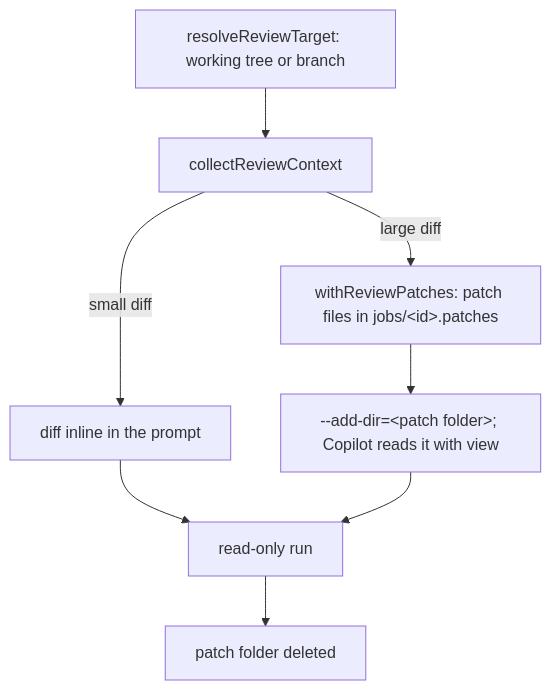
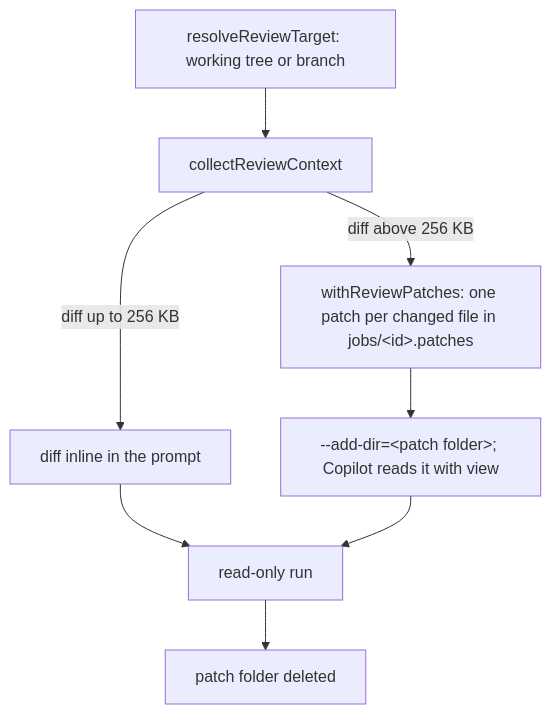
One commit to tmathura/copilot-plugin-cc changed the third of 5 diagrams in docs/architecture.md. Above: the diagram before and after it, drawn with Mermaid. The commit also changed 25 other files, not shown here.

First line of the commit message:
[#108] Give Copilot reviews the whole diff of a large change (#134)

````diff
--- a/docs/architecture.md
+++ b/docs/architecture.md
@@ -91,10 +91,10 @@
 ```mermaid
 flowchart TD
   T["resolveReviewTarget: working tree or branch"] --> C["collectReviewContext"]
-  C -->|small diff| I["diff inline in the prompt"]
-  C -->|large diff| W["withReviewPatches: patch files in jobs/&lt;id&gt;.patches"]
+  C -->|diff up to 256 KB| I["diff inline in the prompt"]
+  C -->|diff above 256 KB| W["withReviewPatches: one patch per changed file in jobs/&lt;id&gt;.patches"]
   W --> D["--add-dir=&lt;patch folder&gt;; Copilot reads it with view"]
   I --> R["read-only run"]
   D --> R
   R --> X["patch folder deleted"]
 ```
````
